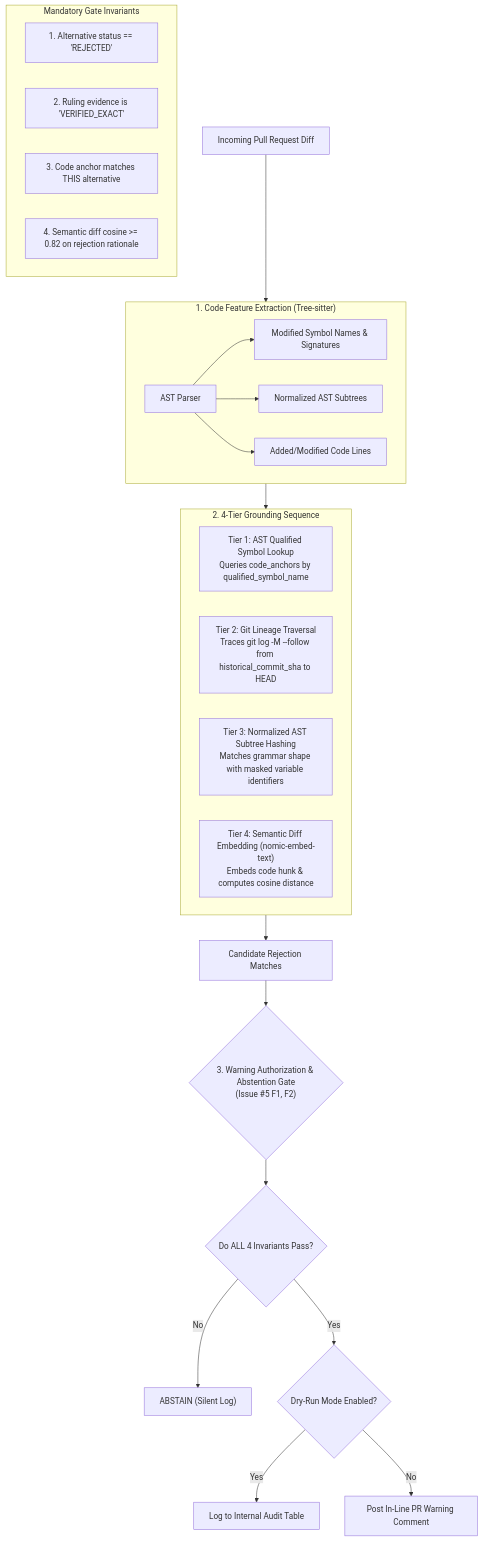
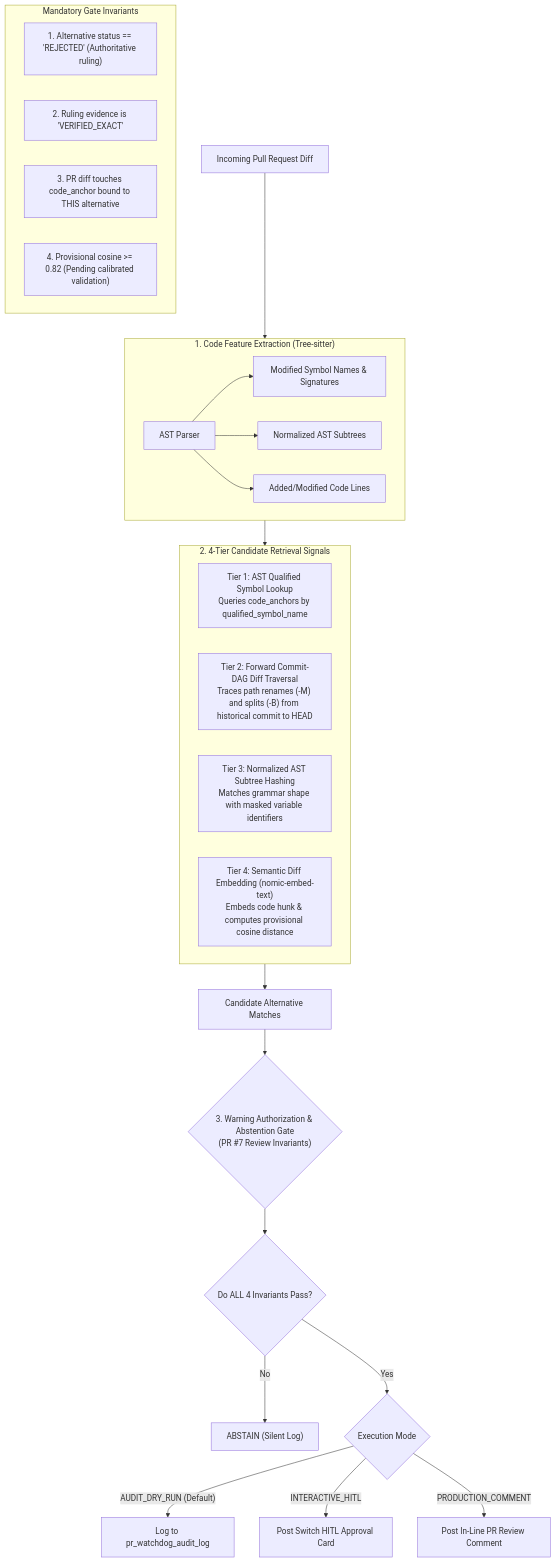
Before and after one commit to MRiARC/biscuit: the first of 2 diagrams in docs/CODE_GROUNDING_AND_AST.md, drawn with Mermaid. The commit also changed other lines of this file and 3 other files, not shown here.

Commit message:
docs: address review feedback on provenance, proposal occurrences, edges, and lineage

````diff
--- a/docs/CODE_GROUNDING_AND_AST.md
+++ b/docs/CODE_GROUNDING_AND_AST.md
@@ -33,36 +33,37 @@
 ```mermaid
 flowchart TD
     Diff["Incoming Pull Request Diff"] --> Extract
 
     subgraph Extract["1. Code Feature Extraction (Tree-sitter)"]
         Tree["AST Parser"] --> ModSymbols["Modified Symbol Names & Signatures"]
         Tree --> ModTrees["Normalized AST Subtrees"]
         Tree --> DiffHunk["Added/Modified Code Lines"]
     end
 
     Extract --> Tiers
 
-    subgraph Tiers["2. 4-Tier Grounding Sequence"]
+    subgraph Tiers["2. 4-Tier Candidate Retrieval Signals"]
         T1["Tier 1: AST Qualified Symbol Lookup<br/>Queries code_anchors by qualified_symbol_name"]
-        T2["Tier 2: Git Lineage Traversal<br/>Traces git log -M --follow from historical_commit_sha to HEAD"]
+        T2["Tier 2: Forward Commit-DAG Diff Traversal<br/>Traces path renames (-M) and splits (-B) from historical commit to HEAD"]
         T3["Tier 3: Normalized AST Subtree Hashing<br/>Matches grammar shape with masked variable identifiers"]
-        T4["Tier 4: Semantic Diff Embedding (nomic-embed-text)<br/>Embeds code hunk & computes cosine distance"]
+        T4["Tier 4: Semantic Diff Embedding (nomic-embed-text)<br/>Embeds code hunk & computes provisional cosine distance"]
     end
 
-    Tiers --> Candidates["Candidate Rejection Matches"]
-    Candidates --> Gate{"3. Warning Authorization & Abstention Gate<br/>(Issue #5 F1, F2)"}
+    Tiers --> Candidates["Candidate Alternative Matches"]
+    Candidates --> Gate{"3. Warning Authorization & Abstention Gate<br/>(PR #7 Review Invariants)"}
 
     subgraph GateCriteria["Mandatory Gate Invariants"]
-        I1["1. Alternative status == 'REJECTED'"]
+        I1["1. Alternative status == 'REJECTED' (Authoritative ruling)"]
         I2["2. Ruling evidence is 'VERIFIED_EXACT'"]
-        I3["3. Code anchor matches THIS alternative"]
-        I4["4. Semantic diff cosine >= 0.82 on rejection rationale"]
+        I3["3. PR diff touches code_anchor bound to THIS alternative"]
+        I4["4. Provisional cosine >= 0.82 (Pending calibrated validation)"]
     end
 
     Gate --> AllPass{"Do ALL 4 Invariants Pass?"}
     AllPass -- No --> Abstain["ABSTAIN (Silent Log)"]
-    AllPass -- Yes --> ModeCheck{"Dry-Run Mode Enabled?"}
+    AllPass -- Yes --> ModeCheck{"Execution Mode"}
     
-    ModeCheck -- Yes --> AuditLog["Log to Internal Audit Table"]
-    ModeCheck -- No --> PostPR["Post In-Line PR Warning Comment"]
+    ModeCheck -- "AUDIT_DRY_RUN (Default)" --> AuditLog["Log to pr_watchdog_audit_log"]
+    ModeCheck -- "INTERACTIVE_HITL" --> HITL["Post Switch HITL Approval Card"]
+    ModeCheck -- "PRODUCTION_COMMENT" --> PostPR["Post In-Line PR Review Comment"]
 ```
````
